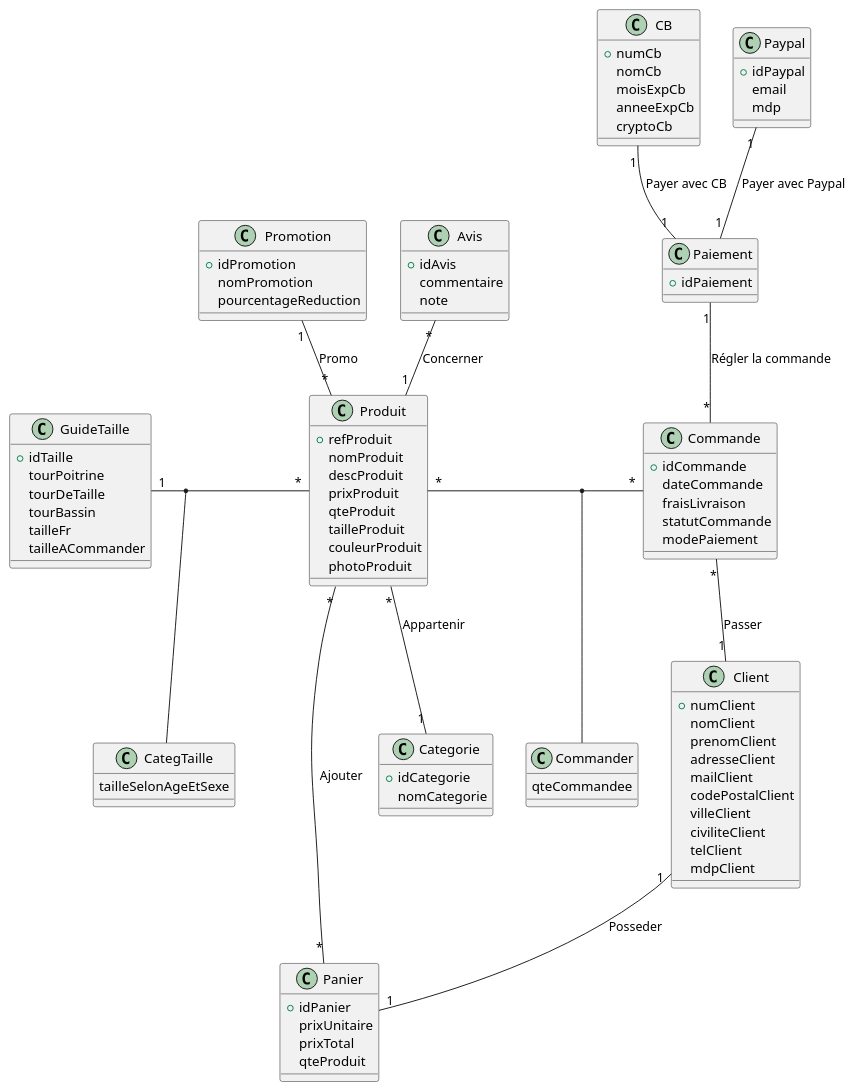
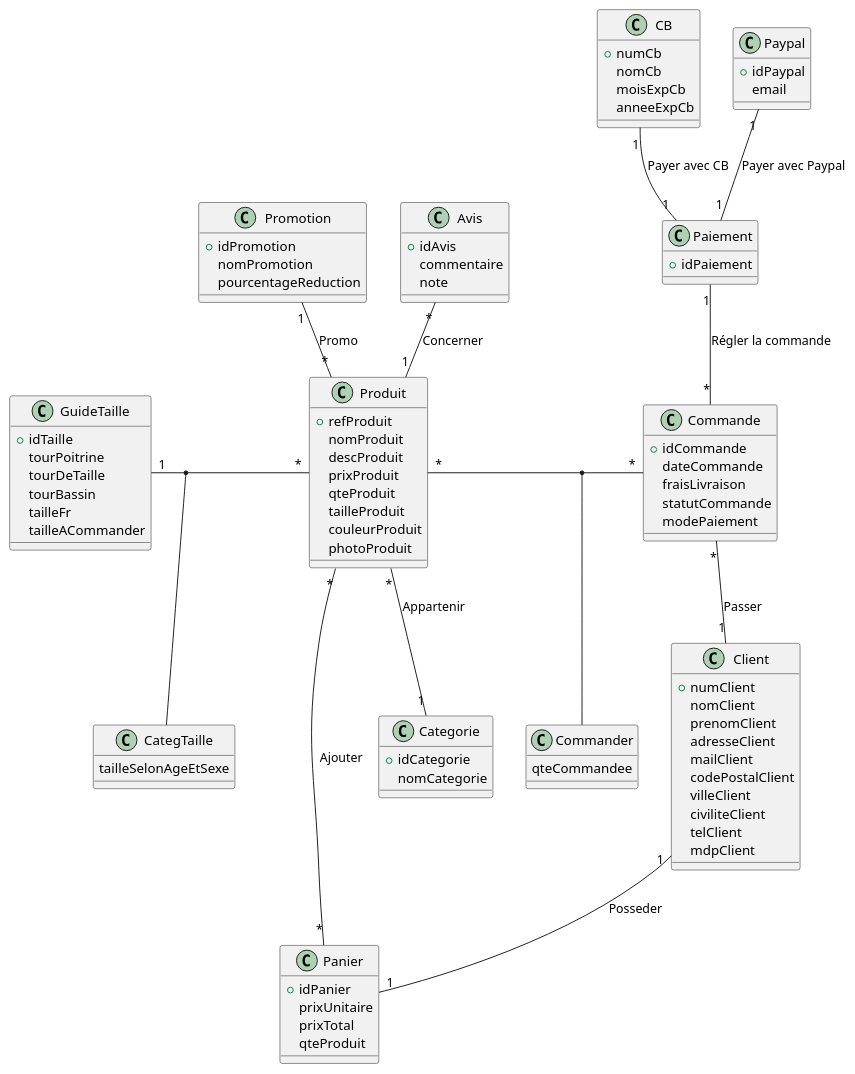
One commit to IUT-Blagnac/SAE-3-01-DevApp-G11-DisguiseHub changed the diagram in docs/Diagramme_Classe_BD_SAE-3_01.puml. Above: the diagram before and after it, drawn with PlantUML.

Commit message:
Modification du diagramme de classe

```diff
--- a/docs/Diagramme_Classe_BD_SAE-3_01.puml
+++ b/docs/Diagramme_Classe_BD_SAE-3_01.puml
@@ -1,108 +1,106 @@
 @startuml Diagramme de classes métiers BD SAE3.01
 
 class Produit {
     + refProduit
     nomProduit
     descProduit
     prixProduit
     qteProduit
     tailleProduit
     couleurProduit
     photoProduit
 }
 
 class Promotion {
     + idPromotion
     nomPromotion
     pourcentageReduction
 }
 
 class CategTaille {
     tailleSelonAgeEtSexe
 }
 
 class GuideTaille {
     + idTaille
     tourPoitrine
     tourDeTaille
     tourBassin
     tailleFr
     tailleACommander
 }
 
 class Categorie {
     + idCategorie
     nomCategorie
 }
 
 class Client {
     + numClient
     nomClient
     prenomClient
     adresseClient
     mailClient
     codePostalClient
     villeClient
     civiliteClient
     telClient
     mdpClient
 }
 
 class Panier {
     + idPanier
     prixUnitaire
     prixTotal
     qteProduit
 }
 
 class Commande {
     + idCommande
     dateCommande
     fraisLivraison
     statutCommande
     modePaiement
 }
 
 class Paiement {
     + idPaiement
 }
 
 class CB {
     + numCb
     nomCb
     moisExpCb
     anneeExpCb
-    cryptoCb
 }
 
 class Paypal {
     + idPaypal
     email
-    mdp
 }
 
 class Commander {
     qteCommandee
 }
 
 class Avis {
     + idAvis
     commentaire
     note
 }
 
 Produit "*" -- "1" Categorie: Appartenir
 Paypal "1" -- "1" Paiement : Payer avec Paypal
 CB "1" -- "1" Paiement : Payer avec CB
 Paiement "1" -- "*" Commande : Régler la commande
 Produit "*" - "*" Commande
 (Produit, Commande) -- Commander
 Produit "*" -- "*" Panier : Ajouter
 Commande "*" -- "1" Client: Passer
 Client "1" -- "1" Panier: Posseder
 Avis "*" -- "1" Produit: Concerner
 GuideTaille "1" - "*" Produit
 (GuideTaille, Produit) -- CategTaille
 Promotion "1" -- "*" Produit: Promo
 
 @enduml
```
